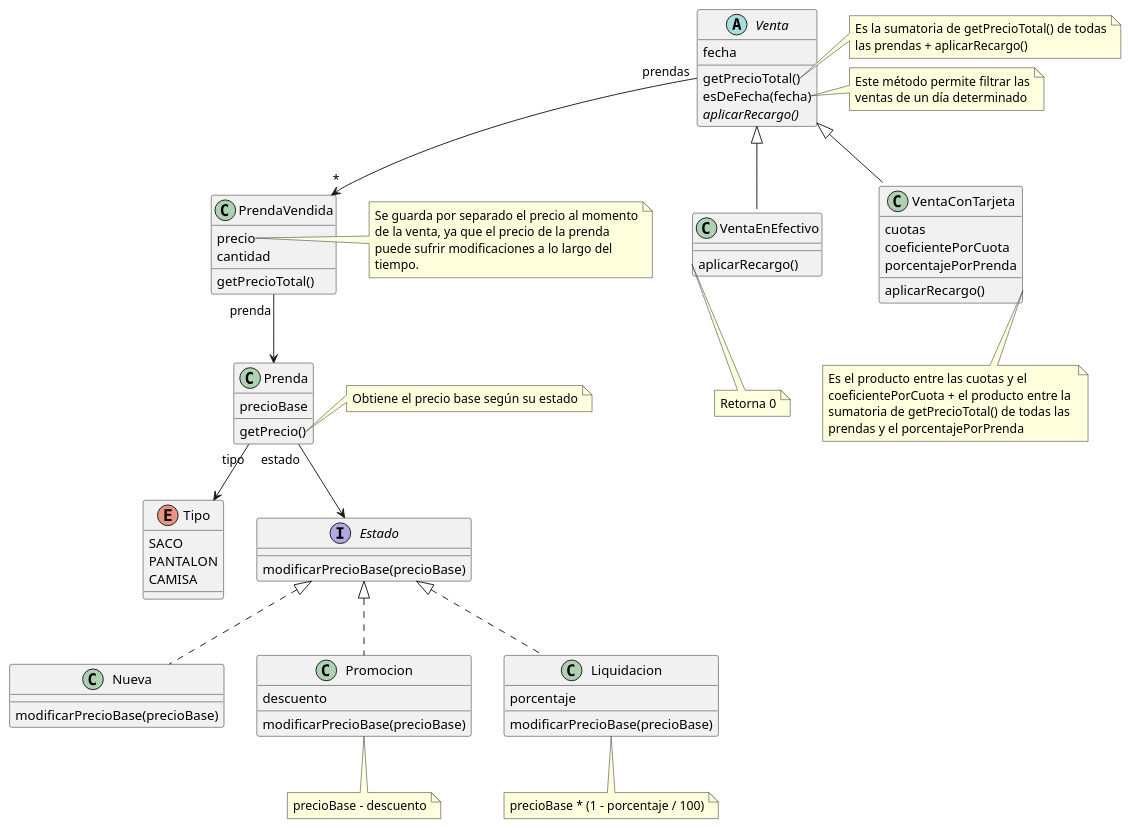
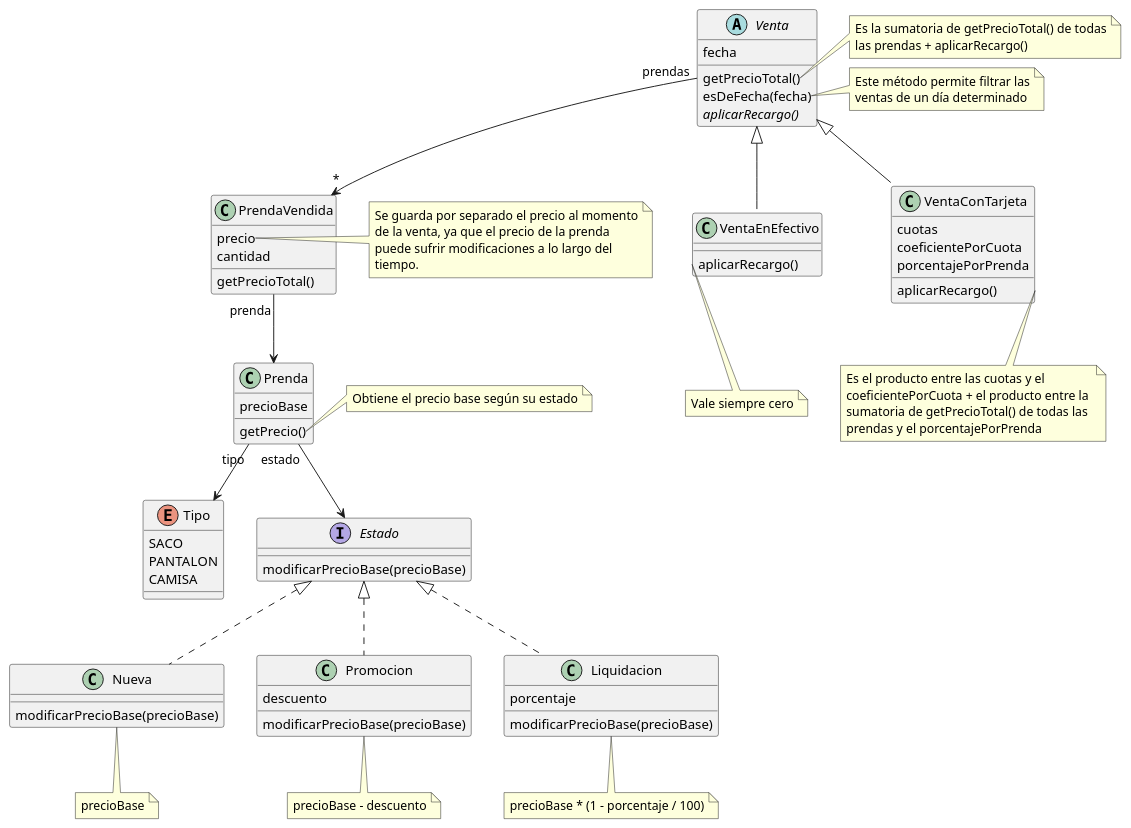
Before and after one commit to RaniAgus/dds-jv-2022-macowins: the diagram in docs/diagram.puml, drawn with PlantUML.

```diff
--- a/docs/diagram.puml
+++ b/docs/diagram.puml
@@ -1,110 +1,116 @@
 @startuml
 abstract class Venta {
   fecha
   getPrecioTotal()
   esDeFecha(fecha)
   {abstract} aplicarRecargo()
 }
 
 Venta "prendas" --> "*" PrendaVendida
 
 note right of Venta::getPrecioTotal
   Es la sumatoria de getPrecioTotal() de todas
   las prendas + aplicarRecargo()
 end note
 
 note right of Venta::esDeFecha
   Este método permite filtrar las
   ventas de un día determinado
 end note
 
 class VentaEnEfectivo extends Venta {
   aplicarRecargo()
 }
 
 note as RecargoEfectivo
-  Retorna 0
+  Vale siempre cero
 end note
 
 VentaEnEfectivo::aplicarRecargo .. RecargoEfectivo
 
 class VentaConTarjeta extends Venta {
   cuotas
   coeficientePorCuota
   porcentajePorPrenda
   aplicarRecargo()
 }
 
 note as RecargoTarjeta
   Es el producto entre las cuotas y el 
   coeficientePorCuota + el producto entre la 
   sumatoria de getPrecioTotal() de todas las
   prendas y el porcentajePorPrenda
 end note
 
 VentaConTarjeta::aplicarRecargo .. RecargoTarjeta
 
 class PrendaVendida {
   precio
   cantidad
   getPrecioTotal()
 }
 
 PrendaVendida "prenda" --> Prenda
 
 note right of PrendaVendida::precio
   Se guarda por separado el precio al momento
   de la venta, ya que el precio de la prenda
   puede sufrir modificaciones a lo largo del
   tiempo.
 end note
 
 class Prenda {
   precioBase
   getPrecio()
 }
 
 Prenda "tipo" --> Tipo
 Prenda "estado" --> Estado
 
 note right of Prenda::getPrecio
 Obtiene el precio base según su estado
 end note
 
 enum Tipo {
   SACO
   PANTALON
   CAMISA
 }
 
 interface Estado {
   modificarPrecioBase(precioBase)
 }
 
 class Nueva implements Estado {
   modificarPrecioBase(precioBase)
 }
 
+note as NuevaCalculo
+precioBase
+end note
+
+Nueva .. NuevaCalculo
+
 class Promocion implements Estado {
   descuento
   modificarPrecioBase(precioBase)
 }
 
 note as PromocionCalculo
 precioBase - descuento
 end note
 
 Promocion .. PromocionCalculo
 
 class Liquidacion implements Estado {
   porcentaje
   modificarPrecioBase(precioBase)
 }
 
 note as LiquidacionCalculo
 precioBase * (1 - porcentaje / 100)
 end note
 
 Liquidacion .. LiquidacionCalculo
 
 @enduml
```
